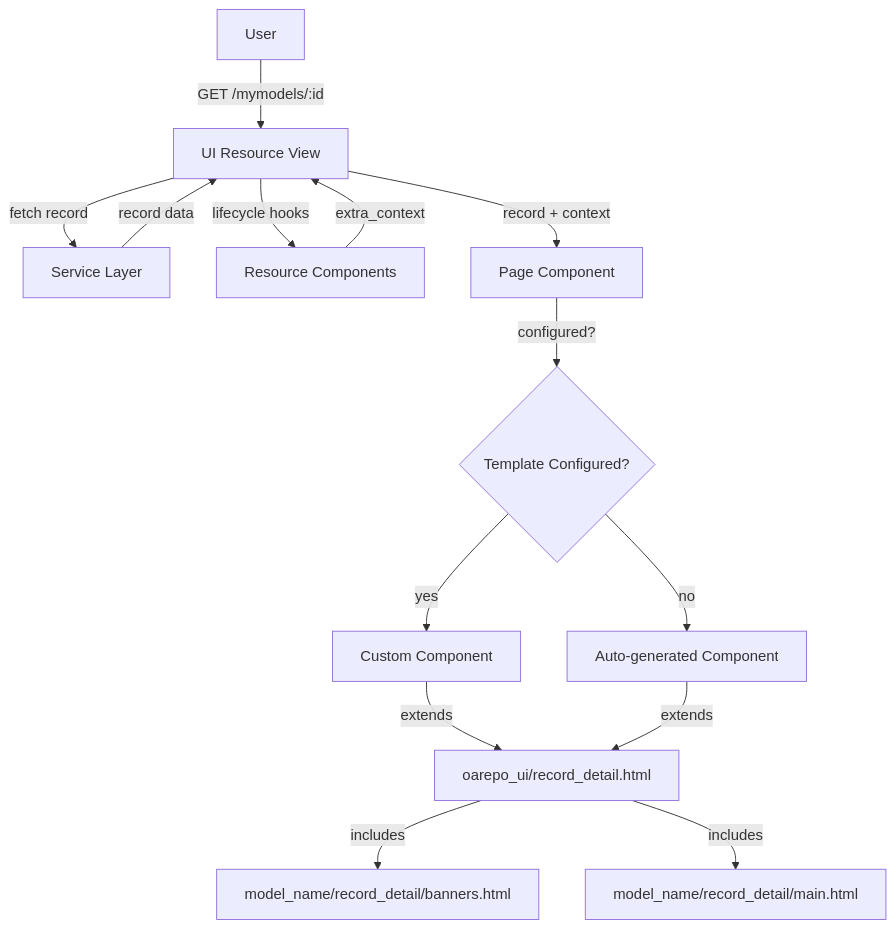
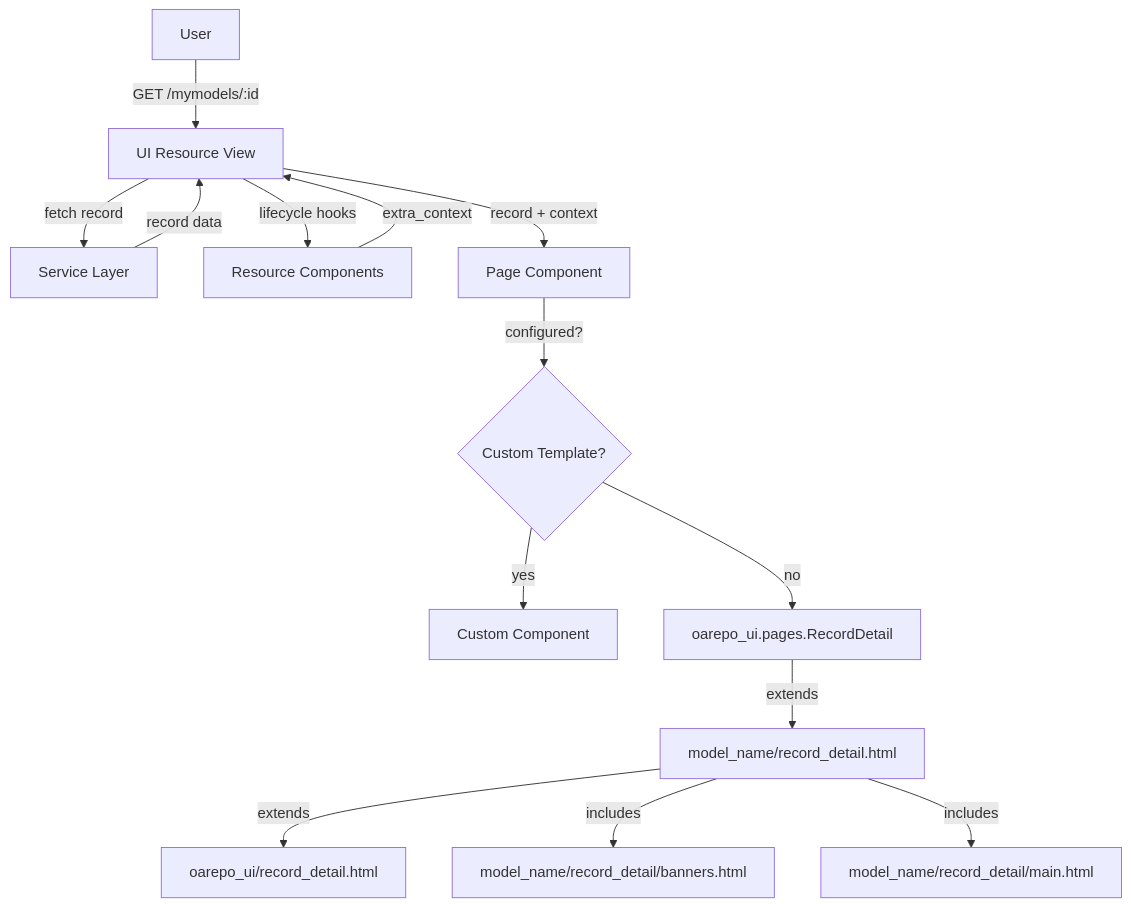
The diagram in content/customize/model_ui/detail.mdx (NRP-CZ/docs), drawn with Mermaid before and after one commit. The commit also changed other lines of this file and 5 other files, not shown here.

First line of the commit message:
docs: update documentation for oarepo-ui runtime template changes

````diff
--- a/content/customize/model_ui/detail.mdx
+++ b/content/customize/model_ui/detail.mdx
@@ -21,16 +21,16 @@
 ```mermaid
 graph TD
     U[User] -->|GET /mymodels/:id| VR[UI Resource View]
     VR -->|fetch record| SVC[Service Layer]
     SVC -->|record data| VR
     VR -->|lifecycle hooks| RC[Resource Components]
     RC -->|extra_context| VR
     VR -->|record + context| PC[Page Component]
-    PC -->|configured?| TC{Template Configured?}
+    PC -->|configured?| TC{Custom Template?}
     TC -->|yes| CUST[Custom Component]
-    TC -->|no| AUTO[Auto-generated Component]
-    CUST -->|extends| BASE[oarepo_ui/record_detail.html]
-    AUTO -->|extends| BASE
+    TC -->|no| DEFAULT[oarepo_ui.pages.RecordDetail]
+    DEFAULT -->|extends| BASE[model_name/record_detail.html]
+    BASE -->|extends| OAREPO[oarepo_ui/record_detail.html]
     BASE -->|includes| BANNERS[model_name/record_detail/banners.html]
     BASE -->|includes| MAIN[model_name/record_detail/main.html]
 ```
````
